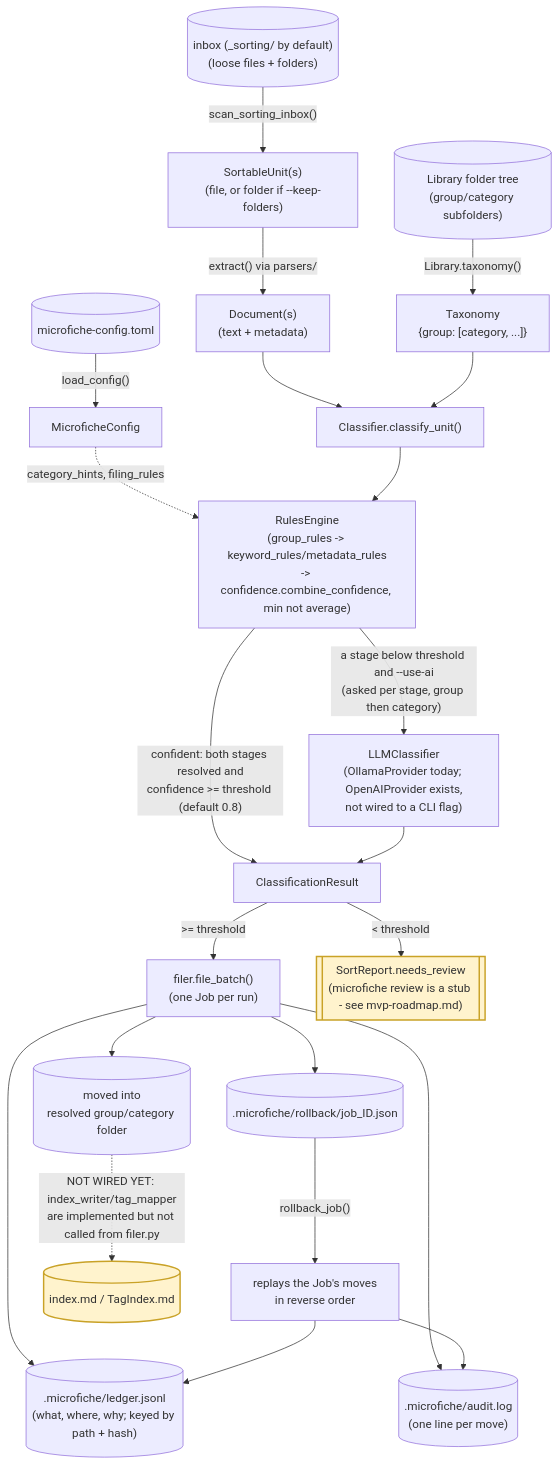
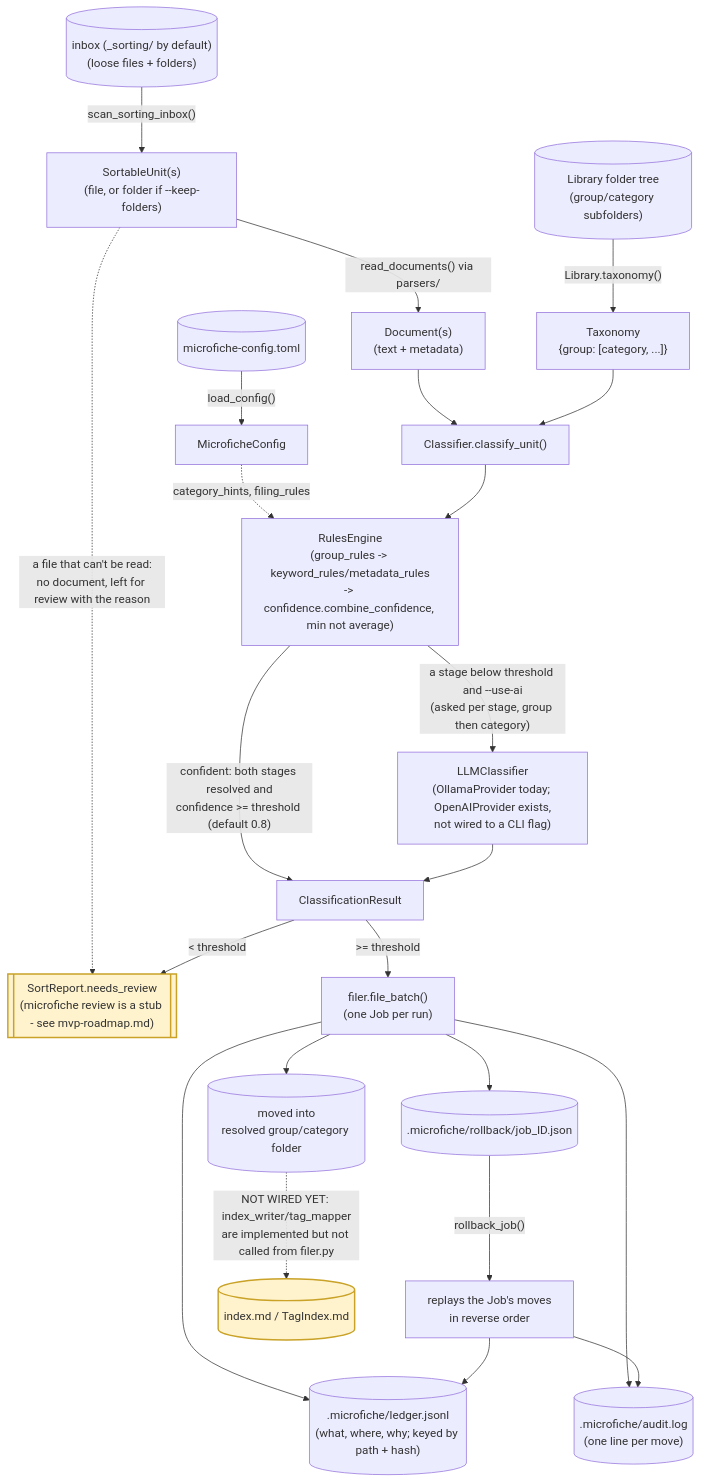
One commit to richard-gledhill/microfiche changed the second of 2 diagrams in docs/development/module-diagram.md. Above: the diagram before and after it, drawn with Mermaid. The commit also changed other lines of this file and 6 other files, not shown here.

First line of the commit message:
docs: describe read_documents, unreadable files, and the parsers registry

````diff
--- a/docs/development/module-diagram.md
+++ b/docs/development/module-diagram.md
@@ -213,35 +216,36 @@
 ```mermaid
 flowchart TD
     LibraryTree[("Library folder tree\n(group/category subfolders)")]
     SortingInbox[("inbox (_sorting/ by default)\n(loose files + folders)")]
     ConfigFile[("microfiche-config.toml")]
 
     LibraryTree -->|"Library.taxonomy()"| Taxonomy["Taxonomy\n{group: [category, ...]}"]
     ConfigFile -->|"load_config()"| Config["MicroficheConfig"]
     SortingInbox -->|"scan_sorting_inbox()"| Units["SortableUnit(s)\n(file, or folder if --keep-folders)"]
-    Units -->|"extract() via parsers/"| Documents["Document(s)\n(text + metadata)"]
+    Units -->|"read_documents() via parsers/"| Documents["Document(s)\n(text + metadata)"]
+    Units -.->|"a file that can't be read:\nno document, left for review with the reason"| NeedsReview
 
     Documents --> ClassifyUnit["Classifier.classify_unit()"]
     Taxonomy --> ClassifyUnit
     Config -.->|"category_hints, filing_rules"| RulesEngine
     ClassifyUnit --> RulesEngine["RulesEngine\n(group_rules -> keyword_rules/metadata_rules\n-> confidence.combine_confidence, min not average)"]
     RulesEngine -->|"confident: both stages resolved and\nconfidence >= threshold (default 0.8)"| Result["ClassificationResult"]
     RulesEngine -->|"a stage below threshold and --use-ai\n(asked per stage, group then category)"| LLM["LLMClassifier\n(OllamaProvider today; OpenAIProvider exists,\nnot wired to a CLI flag)"]
     LLM --> Result
 
     Result -->|">= threshold"| FileUnit["filer.file_batch()\n(one Job per run)"]
     Result -->|"< threshold"| NeedsReview[["SortReport.needs_review\n(microfiche review is a stub - see mvp-roadmap.md)"]]
 
     FileUnit --> FiledDoc[("moved into\nresolved group/category folder")]
     FileUnit --> Ledger[(".microfiche/ledger.jsonl\n(what, where, why; keyed by path + hash)")]
     FileUnit --> AuditLog[(".microfiche/audit.log\n(one line per move)")]
     FileUnit --> JobFile[(".microfiche/rollback/job_ID.json")]
     JobFile -->|"rollback_job()"| Rollback["replays the Job's moves\nin reverse order"]
     Rollback --> Ledger
     Rollback --> AuditLog
 
     FiledDoc -.->|"NOT WIRED YET: index_writer/tag_mapper\nare implemented but not called from filer.py"| ObsidianOut[("index.md / TagIndex.md")]
 
     classDef gap fill:#fff3cd,stroke:#c9a227,stroke-width:2px
     class NeedsReview,ObsidianOut gap
 ```
````
